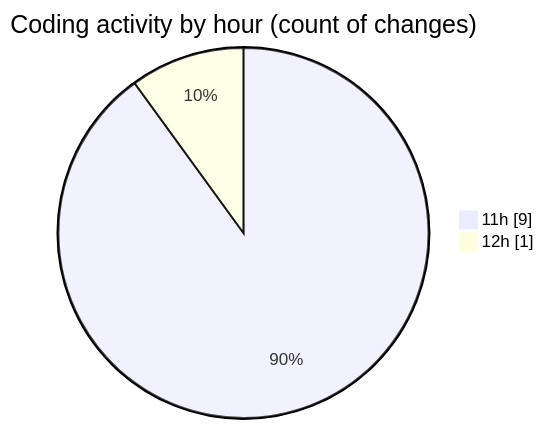
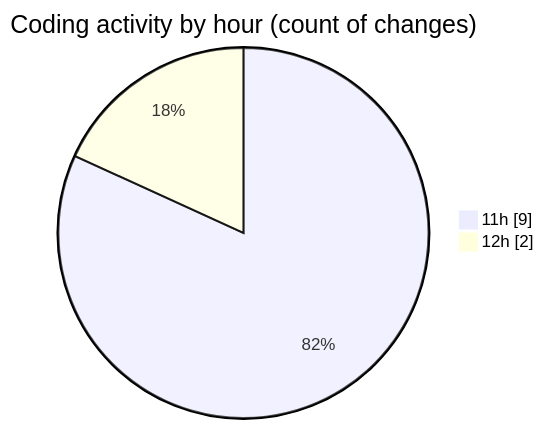
One commit to debugP/code-tracking changed the second of 2 diagrams in 2026-07-09/wp-content/README.md. Above: the diagram before and after it, drawn with Mermaid. The commit also changed other lines of this file and 1 other file, not shown here.

````diff
--- a/2026-07-09/wp-content/README.md
+++ b/2026-07-09/wp-content/README.md
@@ -30,6 +32,6 @@
 ```mermaid
 pie showData
 title Coding activity by hour (count of changes)
 "11h" : 9
-"12h" : 1
+"12h" : 2
 ```
````
